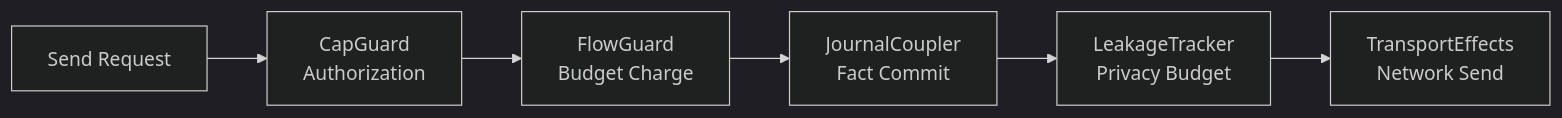
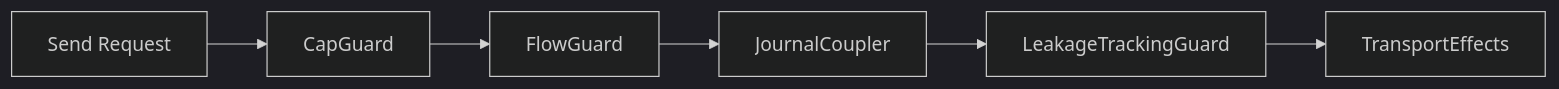
Before and after one commit to hxrts/aura: the diagram in docs/001_system_architecture.md, drawn with Mermaid (dark theme). The commit also changed other lines of this file and 23 other files, not shown here.

````diff
--- a/docs/001_system_architecture.md
+++ b/docs/001_system_architecture.md
@@ -63,8 +82,8 @@
 ```mermaid
 flowchart LR
-    A[Send Request] --> B[CapGuard<br/>Authorization];
-    B --> C[FlowGuard<br/>Budget Charge];
-    C --> D[JournalCoupler<br/>Fact Commit];
-    D --> E[LeakageTracker<br/>Privacy Budget];
-    E --> F[TransportEffects<br/>Network Send];
+    A[Send Request] --> B[CapGuard]
+    B --> C[FlowGuard]
+    C --> D[JournalCoupler]
+    D --> E[LeakageTrackingGuard]
+    E --> F[TransportEffects]
 ```
````
